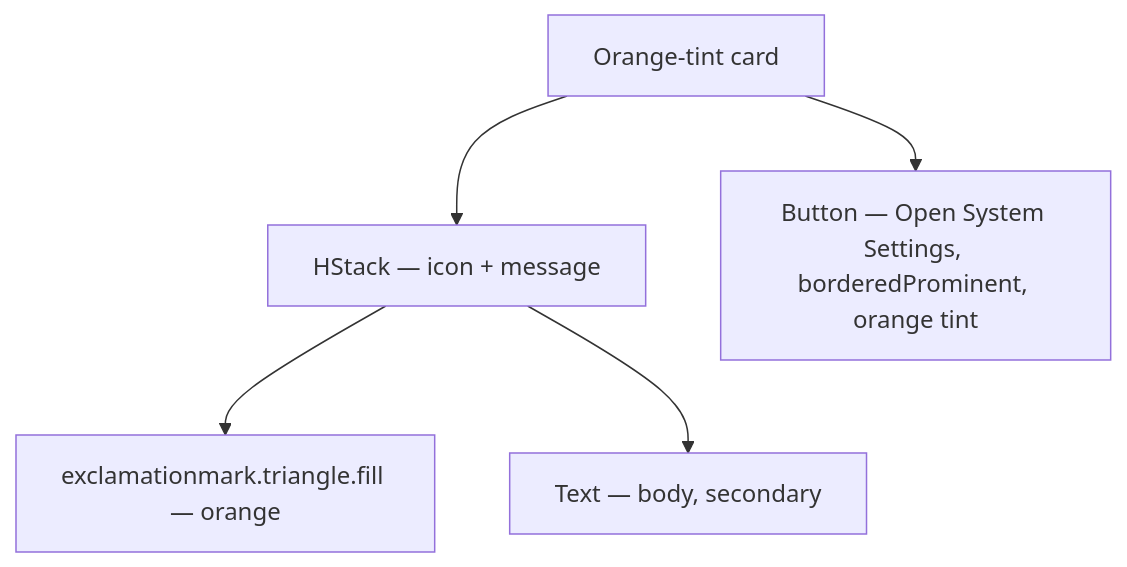
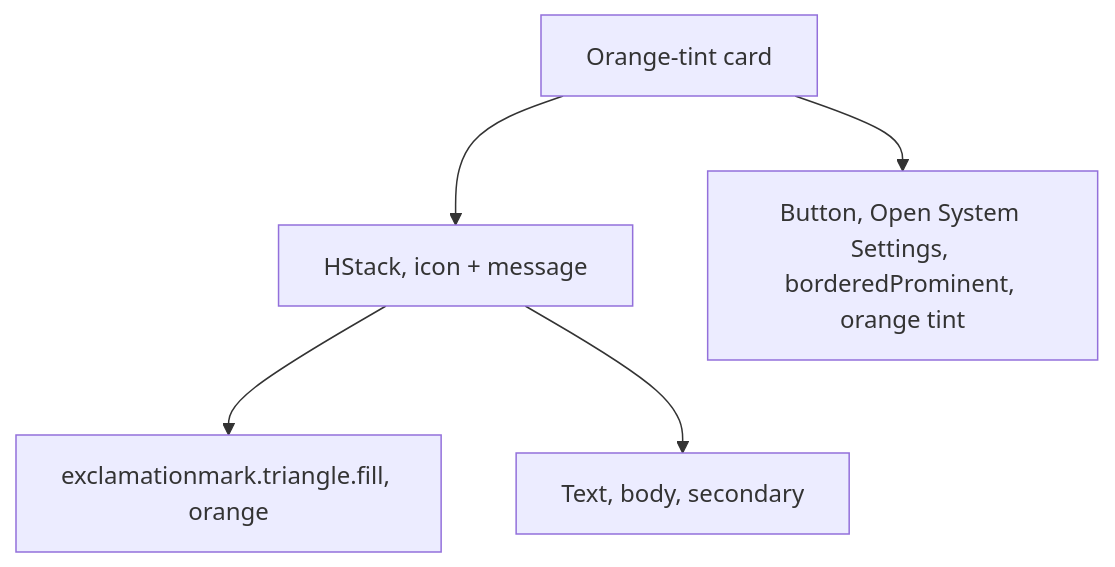
One commit to MrDemonWolf/WolfWave changed the diagram in design-system/components/music-permission-banner.md. Above: the diagram before and after it, drawn with Mermaid. The commit also changed other lines of this file and 152 other files, not shown here.

````diff
--- a/design-system/components/music-permission-banner.md
+++ b/design-system/components/music-permission-banner.md
@@ -33,7 +33,7 @@
 ```mermaid
 graph TB
-  Banner[Orange-tint card] --> Row[HStack — icon + message]
-  Row --> Icon[exclamationmark.triangle.fill — orange]
-  Row --> Message[Text — body, secondary]
-  Banner --> CTA[Button — Open System Settings, borderedProminent, orange tint]
+  Banner[Orange-tint card] --> Row[HStack, icon + message]
+  Row --> Icon[exclamationmark.triangle.fill, orange]
+  Row --> Message[Text, body, secondary]
+  Banner --> CTA[Button, Open System Settings, borderedProminent, orange tint]
 ```
````
